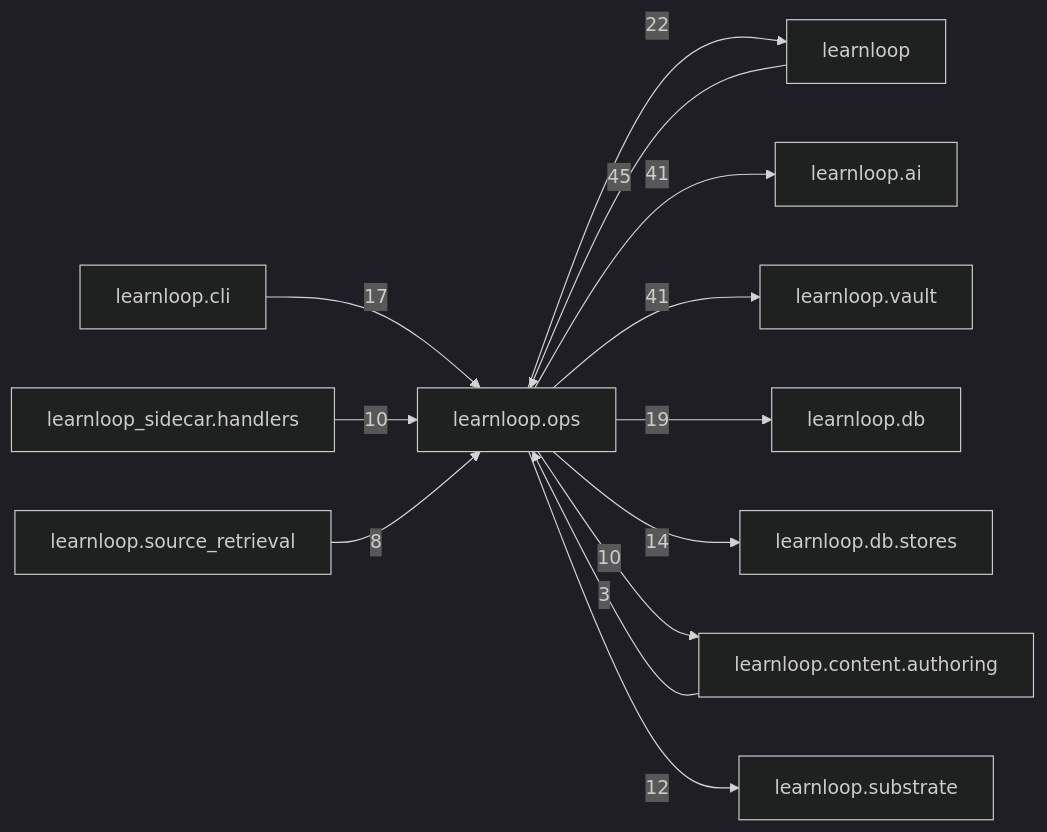
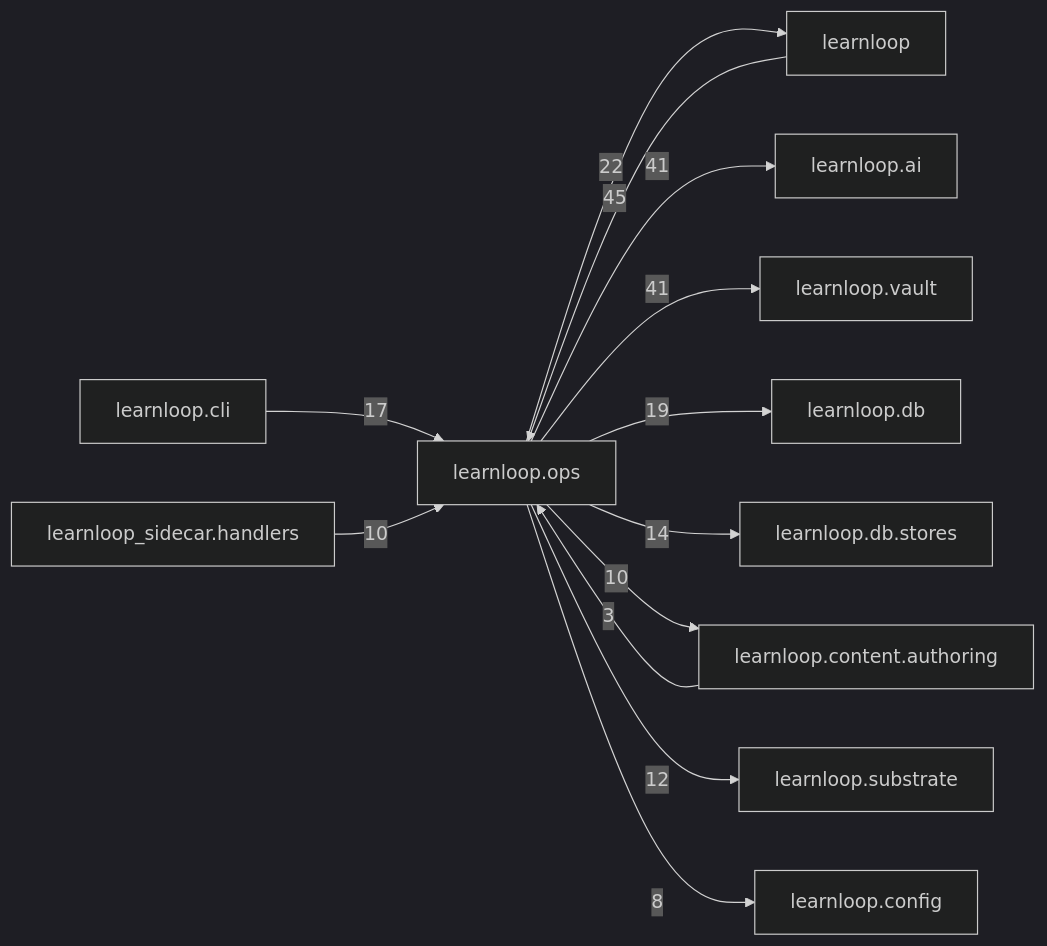
One commit to 6up-b/learnanything changed the diagram in docs/learnloop-architecture-vault/Reference/Modules/learnloop/ops/_package.md. Above: the diagram before and after it, drawn with Mermaid (dark theme). The commit also changed other lines of this file and 101 other files, not shown here.

Commit message:
Arc C review fixes: references regenerated on the retired-fields helper (config/retired.py note; schema line cites moved)

````diff
--- a/docs/learnloop-architecture-vault/Reference/Modules/learnloop/ops/_package.md
+++ b/docs/learnloop-architecture-vault/Reference/Modules/learnloop/ops/_package.md
@@ -150,26 +150,26 @@
 ```mermaid
 flowchart LR
     center["learnloop.ops"]
     n_learnloop["learnloop"]
     n_learnloop_ai["learnloop.ai"]
     n_learnloop_vault["learnloop.vault"]
     n_learnloop_db["learnloop.db"]
     n_learnloop_cli["learnloop.cli"]
     n_learnloop_db_stores["learnloop.db.stores"]
     n_learnloop_content_authoring["learnloop.content.authoring"]
     n_learnloop_substrate["learnloop.substrate"]
     n_learnloop_sidecar_handlers["learnloop_sidecar.handlers"]
-    n_learnloop_source_retrieval["learnloop.source_retrieval"]
+    n_learnloop_config["learnloop.config"]
     n_learnloop -->|45| center
     center -->|22| n_learnloop
     center -->|41| n_learnloop_ai
     center -->|41| n_learnloop_vault
     center -->|19| n_learnloop_db
     n_learnloop_cli -->|17| center
     center -->|14| n_learnloop_db_stores
     n_learnloop_content_authoring -->|3| center
     center -->|10| n_learnloop_content_authoring
     center -->|12| n_learnloop_substrate
     n_learnloop_sidecar_handlers -->|10| center
-    n_learnloop_source_retrieval -->|8| center
+    center -->|8| n_learnloop_config
 ```
````
